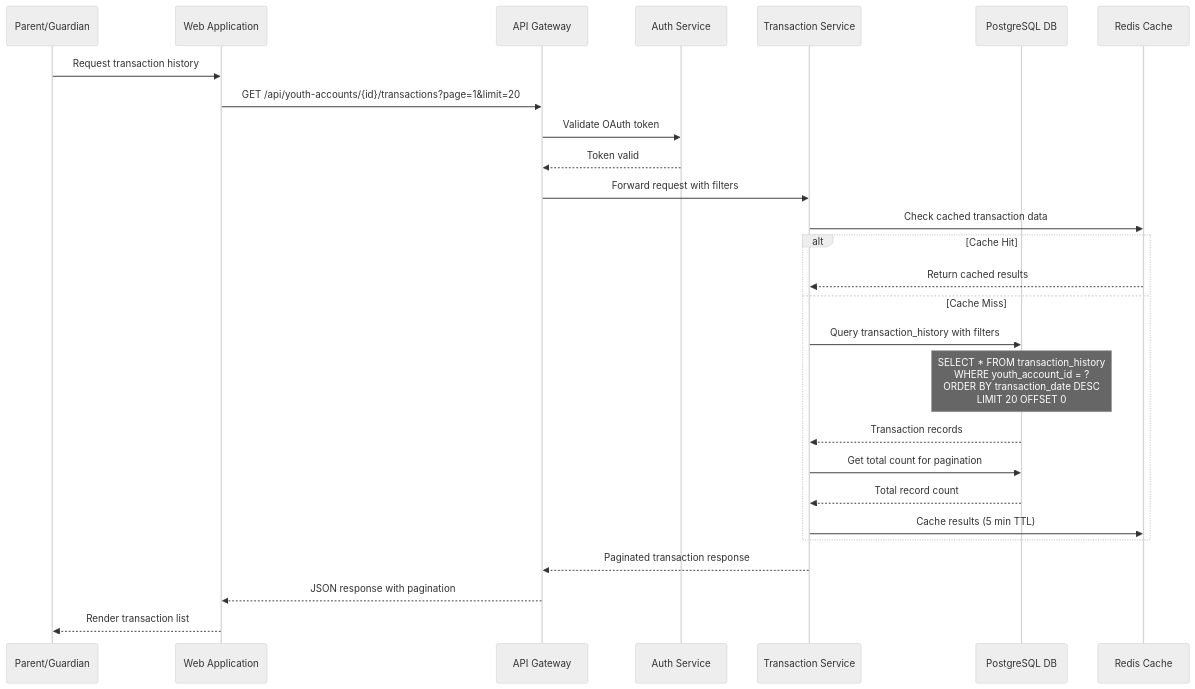
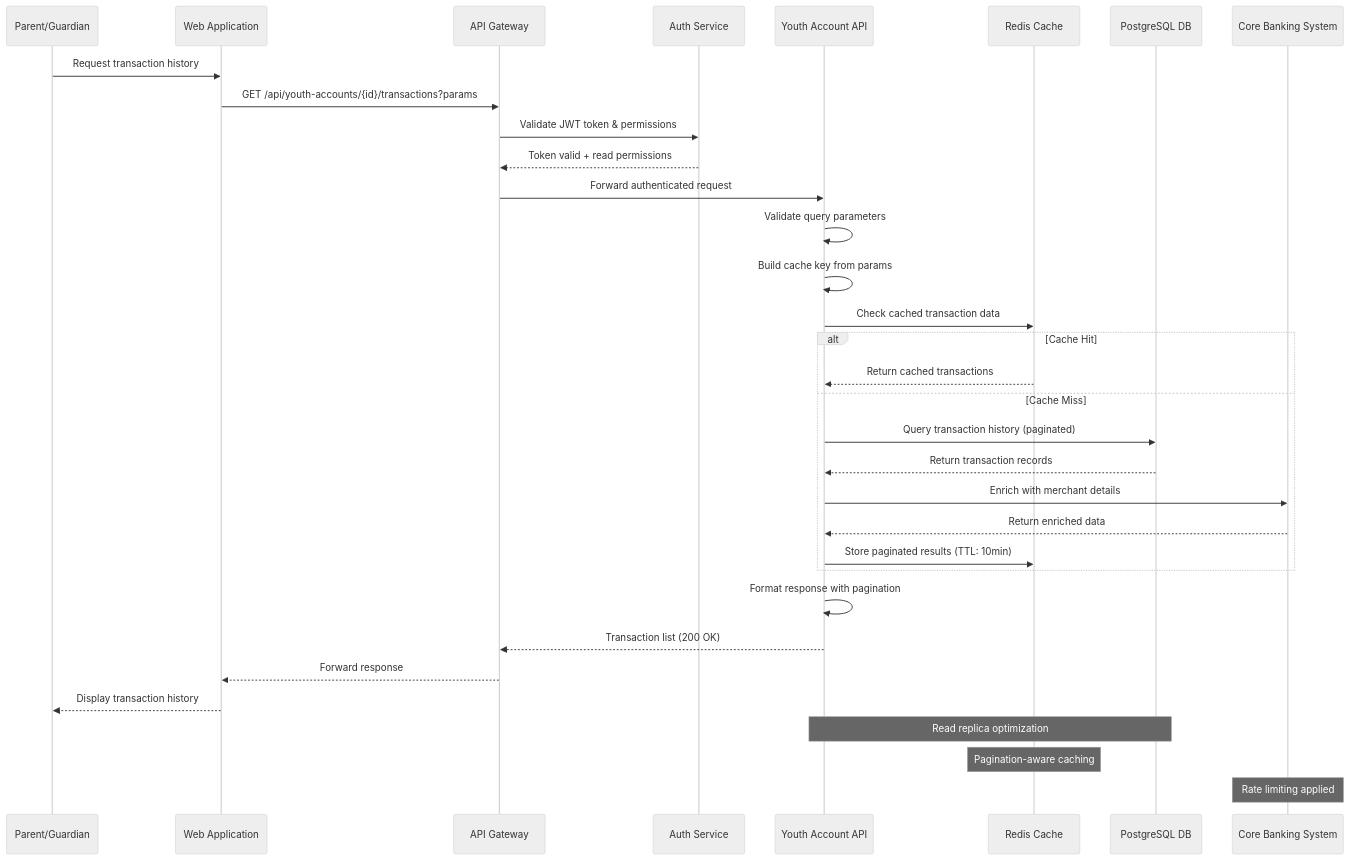
One commit to ThapaswiASC/SCIB-INCEPTION-PHASE-DEMO changed the fourth of 6 diagrams in API Development/Components and Sequence Diagrams/sequence_diagram.md. Above: the diagram before and after it, drawn with Mermaid (neutral theme). The commit also changed other lines of this file and 1 other file, not shown here.

````diff
--- a/API Development/Components and Sequence Diagrams/sequence_diagram.md
+++ b/API Development/Components and Sequence Diagrams/sequence_diagram.md
@@ -141,34 +152,40 @@
 ```mermaid
 sequenceDiagram
     participant Parent as Parent/Guardian
     participant WebApp as Web Application
-    participant APIGateway as API Gateway
-    participant AuthService as Auth Service
-    participant TransactionService as Transaction Service
-    participant Database as PostgreSQL DB
+    participant Gateway as API Gateway
+    participant AuthSvc as Auth Service
+    participant YouthAPI as Youth Account API
     participant Cache as Redis Cache
-
+    participant DB as PostgreSQL DB
+    participant CoreBank as Core Banking System
+    
     Parent->>WebApp: Request transaction history
-    WebApp->>APIGateway: GET /api/youth-accounts/{id}/transactions?page=1&limit=20
-    APIGateway->>AuthService: Validate OAuth token
-    AuthService-->>APIGateway: Token valid
-    APIGateway->>TransactionService: Forward request with filters
+    WebApp->>Gateway: GET /api/youth-accounts/{id}/transactions?params
+    Gateway->>AuthSvc: Validate JWT token & permissions
+    AuthSvc-->>Gateway: Token valid + read permissions
+    Gateway->>YouthAPI: Forward authenticated request
     
-    TransactionService->>Cache: Check cached transaction data
+    YouthAPI->>YouthAPI: Validate query parameters
+    YouthAPI->>YouthAPI: Build cache key from params
+    YouthAPI->>Cache: Check cached transaction data
+    
     alt Cache Hit
-        Cache-->>TransactionService: Return cached results
+        Cache-->>YouthAPI: Return cached transactions
     else Cache Miss
-        TransactionService->>Database: Query transaction_history with filters
-        Note over Database: SELECT * FROM transaction_history<br/>WHERE youth_account_id = ?<br/>ORDER BY transaction_date DESC<br/>LIMIT 20 OFFSET 0
-        Database-->>TransactionService: Transaction records
-        
-        TransactionService->>Database: Get total count for pagination
-        Database-->>TransactionService: Total record count
-        
-        TransactionService->>Cache: Cache results (5 min TTL)
+        YouthAPI->>DB: Query transaction history (paginated)
+        DB-->>YouthAPI: Return transaction records
+        YouthAPI->>CoreBank: Enrich with merchant details
+        CoreBank-->>YouthAPI: Return enriched data
+        YouthAPI->>Cache: Store paginated results (TTL: 10min)
     end
     
-    TransactionService-->>APIGateway: Paginated transaction response
-    APIGateway-->>WebApp: JSON response with pagination
-    WebApp-->>Parent: Render transaction list
+    YouthAPI->>YouthAPI: Format response with pagination
+    YouthAPI-->>Gateway: Transaction list (200 OK)
+    Gateway-->>WebApp: Forward response
+    WebApp-->>Parent: Display transaction history
+    
+    Note over YouthAPI,DB: Read replica optimization
+    Note over Cache: Pagination-aware caching
+    Note over CoreBank: Rate limiting applied
 ```
````
